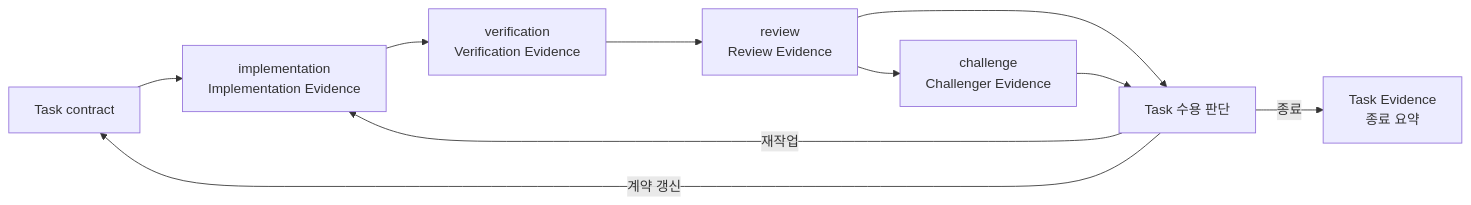
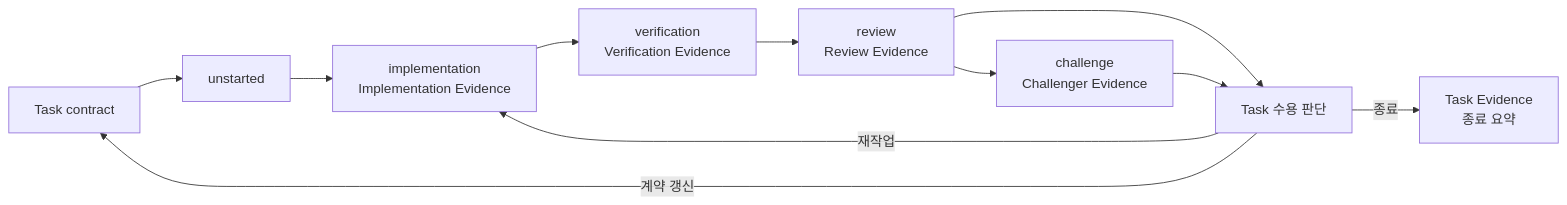
One commit to choam2426/geas changed the first of 2 diagrams in docs/operating/task.md. Above: the diagram before and after it, drawn with Mermaid. The commit also changed other lines of this file and 33 other files, not shown here.

````diff
--- a/docs/operating/task.md
+++ b/docs/operating/task.md
@@ -60,20 +62,22 @@
 ```mermaid
 flowchart LR
   C["Task contract"]
+  U["unstarted"]
   I["implementation<br/>Implementation Evidence"]
   V["verification<br/>Verification Evidence"]
   R["review<br/>Review Evidence"]
   H["challenge<br/>Challenger Evidence"]
   D["Task 수용 판단"]
   E["Task Evidence<br/>종료 요약"]
 
-  C --> I
+  C --> U
+  U --> I
   I --> V
   V --> R
   R --> D
   R --> H
   H --> D
   D -->|"종료"| E
   D -->|"재작업"| I
   D -->|"계약 갱신"| C
 ```
````
